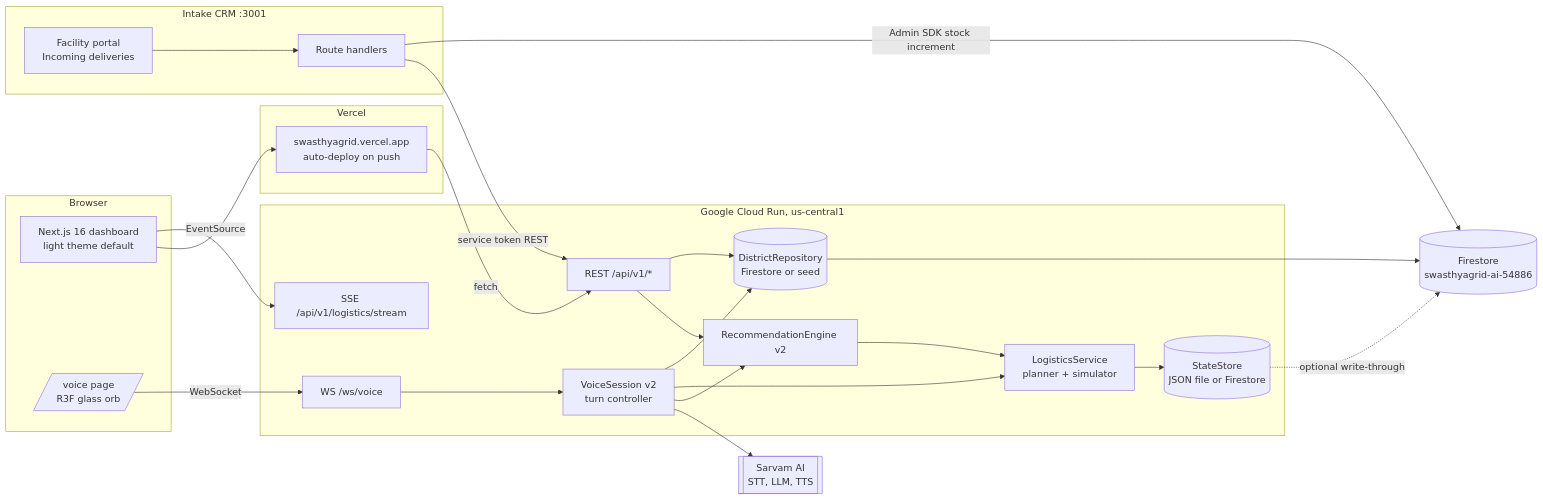
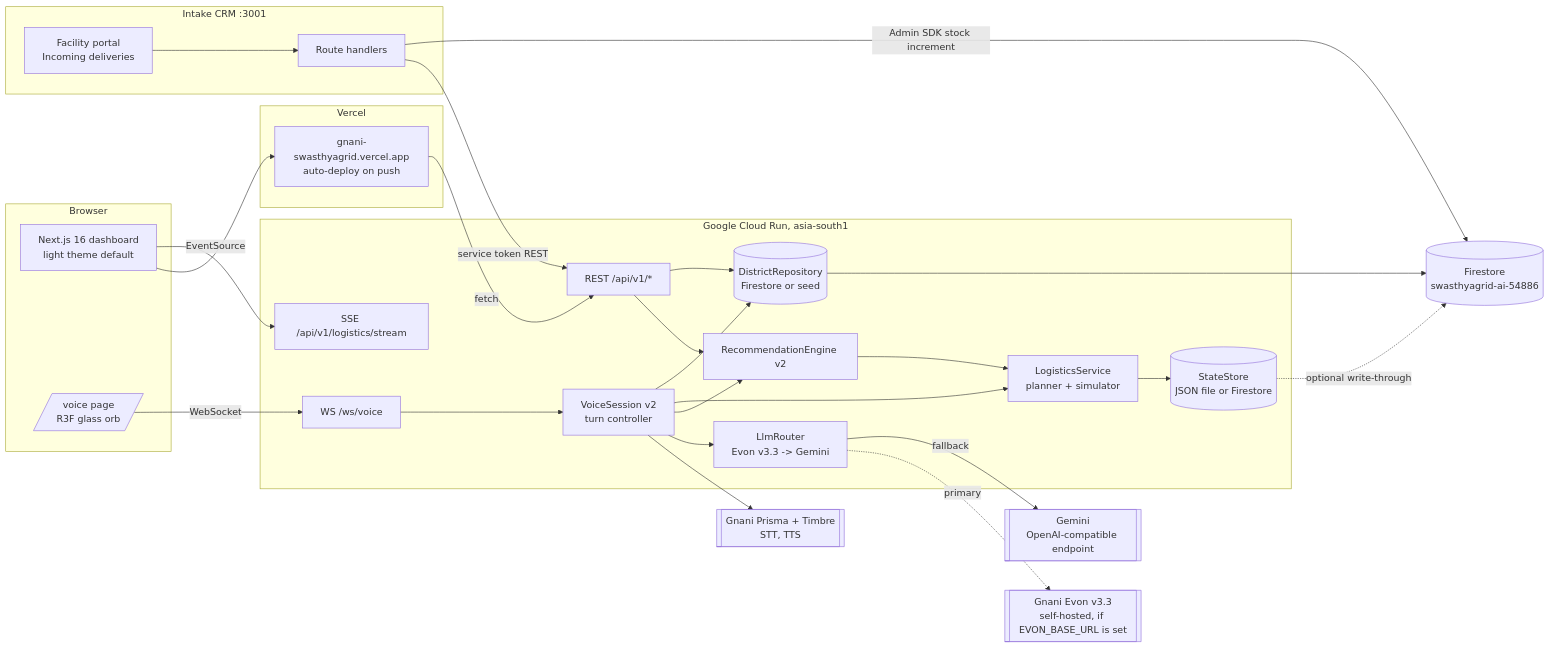
The third of 6 diagrams in README.md (harshkawatra11/gnani-swasthyagrid), drawn with Mermaid before and after one commit. The commit also changed other lines of this file and 3 other files, not shown here.

````diff
--- a/README.md
+++ b/README.md
@@ -154,39 +342,45 @@
 ```mermaid
 flowchart LR
   subgraph Browser
     UI[Next.js 16 dashboard<br/>light theme default]
     VP[/voice page<br/>R3F glass orb/]
   end
   subgraph Vercel[Vercel]
-    VDEP[swasthyagrid.vercel.app<br/>auto-deploy on push]
+    VDEP[gnani-swasthyagrid.vercel.app<br/>auto-deploy on push]
   end
-  subgraph CloudRun[Google Cloud Run, us-central1]
+  subgraph CloudRun[Google Cloud Run, asia-south1]
     API[REST /api/v1/*]
     SSE[SSE /api/v1/logistics/stream]
     WS[WS /ws/voice]
     REC[RecommendationEngine v2]
     LOG[LogisticsService<br/>planner + simulator]
     STORE[(StateStore<br/>JSON file or Firestore)]
     REPO[(DistrictRepository<br/>Firestore or seed)]
     VOICE[VoiceSession v2<br/>turn controller]
+    ROUTER[LlmRouter<br/>Evon v3.3 -> Gemini]
   end
   subgraph CRM[Intake CRM :3001]
     CRMUI[Facility portal<br/>Incoming deliveries]
     CRMAPI[Route handlers]
   end
   FS[(Firestore<br/>swasthyagrid-ai-54886)]
-  SARVAM[[Sarvam AI<br/>STT, LLM, TTS]]
+  GNANI[[Gnani Prisma + Timbre<br/>STT, TTS]]
+  EVON[[Gnani Evon v3.3<br/>self-hosted, if EVON_BASE_URL is set]]
+  GEMINI[[Gemini<br/>OpenAI-compatible endpoint]]
   UI --> VDEP
   VDEP -- fetch --> API
   UI -- EventSource --> SSE
   VP -- WebSocket --> WS
-  WS --> VOICE --> SARVAM
+  WS --> VOICE --> GNANI
+  VOICE --> ROUTER
+  ROUTER -. primary .-> EVON
+  ROUTER -- fallback --> GEMINI
   VOICE --> REC & LOG & REPO
   API --> REC --> LOG --> STORE
   API --> REPO
   REPO --> FS
   STORE -.optional write-through.-> FS
   CRMUI --> CRMAPI
   CRMAPI -- service token REST --> API
   CRMAPI -- Admin SDK stock increment --> FS
 ```
````
